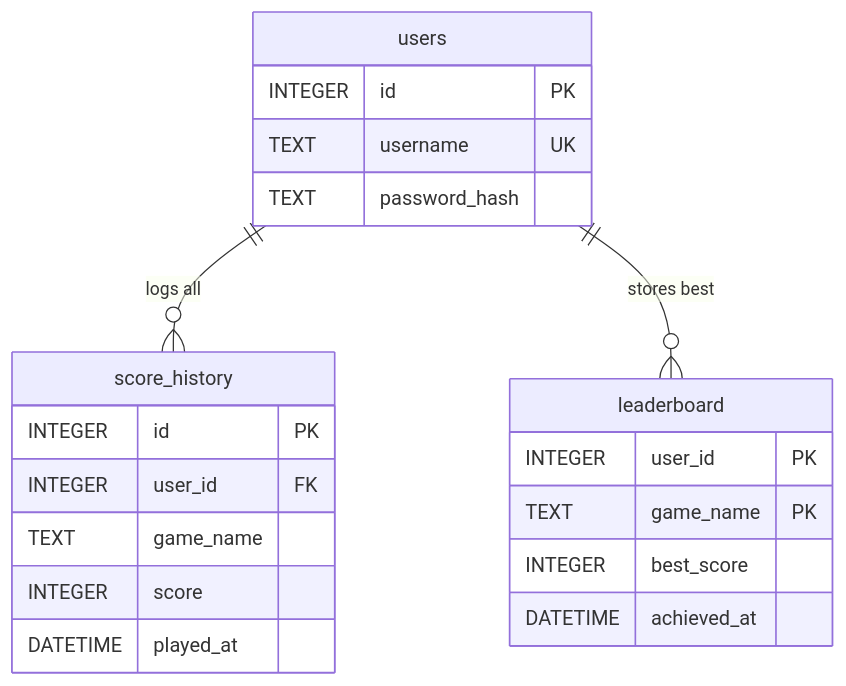
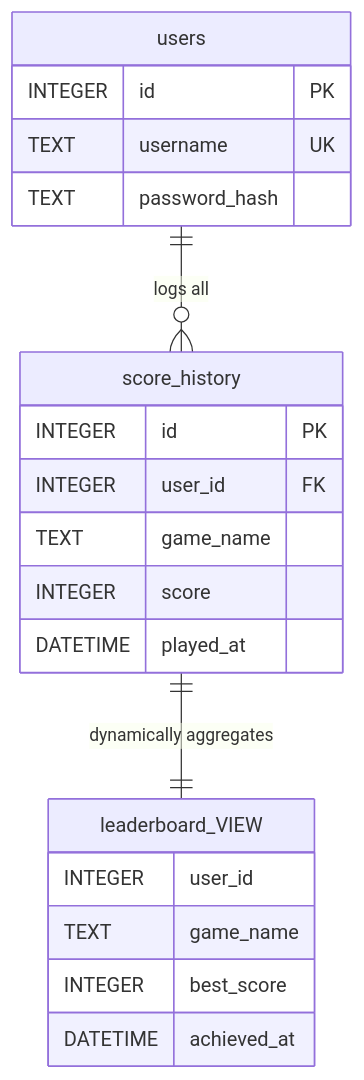
Before and after one commit to Andrew-D-Breadeater/ArcadeArchive: the second of 3 diagrams in DesignDocuments/GeneralPlan.md, drawn with Mermaid. The commit also changed other lines of this file and 5 other files, not shown here.

First line of the commit message:
feat: Add database schema and initialization script

````diff
--- a/DesignDocuments/GeneralPlan.md
+++ b/DesignDocuments/GeneralPlan.md
@@ -43,26 +43,26 @@
 ```mermaid
 erDiagram
     users {
         INTEGER id PK
         TEXT username UK
         TEXT password_hash
     }
 
     score_history {
         INTEGER id PK
         INTEGER user_id FK
         TEXT game_name
         INTEGER score
         DATETIME played_at
     }
 
-    leaderboard {
-        INTEGER user_id PK
-        TEXT game_name PK
+    leaderboard_VIEW {
+        INTEGER user_id
+        TEXT game_name
         INTEGER best_score
         DATETIME achieved_at
     }
 
     users ||--o{ score_history : "logs all"
-    users ||--o{ leaderboard : "stores best"
+    score_history ||--|| leaderboard_VIEW : "dynamically aggregates"
 ```
````
